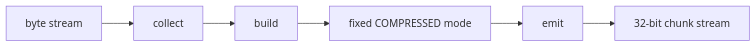
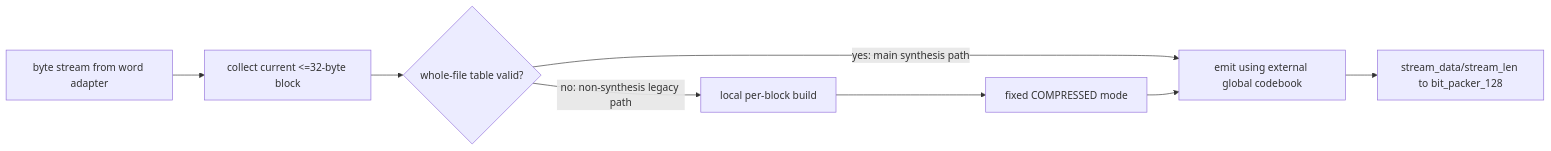
One commit to ngoquocan139/AES_huffman_all6 changed the diagram in docs/dynamic_huffman_encoder_spec.md. Above: the diagram before and after it, drawn with Mermaid. The commit also changed other lines of this file and 23 other files, not shown here.

````diff
--- a/docs/dynamic_huffman_encoder_spec.md
+++ b/docs/dynamic_huffman_encoder_spec.md
@@ -54,8 +86,10 @@
 ```mermaid
 flowchart LR
-  IN["byte stream"] --> COL["collect"]
-  COL --> BLD["build"]
+  IN["byte stream from word adapter"] --> COL["collect current <=32-byte block"]
+  COL --> WF{"whole-file table valid?"}
+  WF -->|"yes: main synthesis path"| EMIT["emit using external global codebook"]
+  WF -->|"no: non-synthesis legacy path"| BLD["local per-block build"]
   BLD --> MODE["fixed COMPRESSED mode"]
-  MODE --> EMIT["emit"]
-  EMIT --> OUT["32-bit chunk stream"]
+  MODE --> EMIT
+  EMIT --> OUT["stream_data/stream_len to bit_packer_128"]
 ```
````
